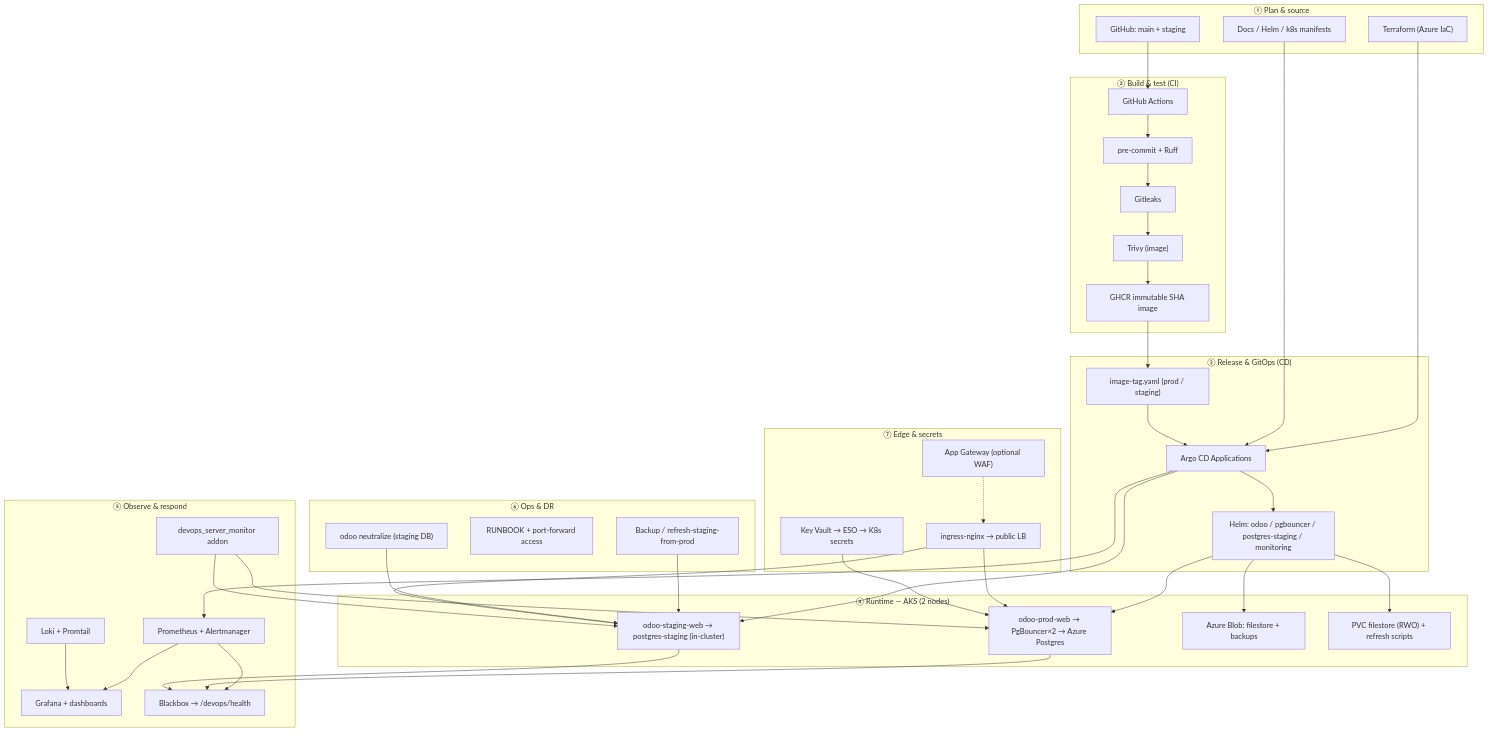
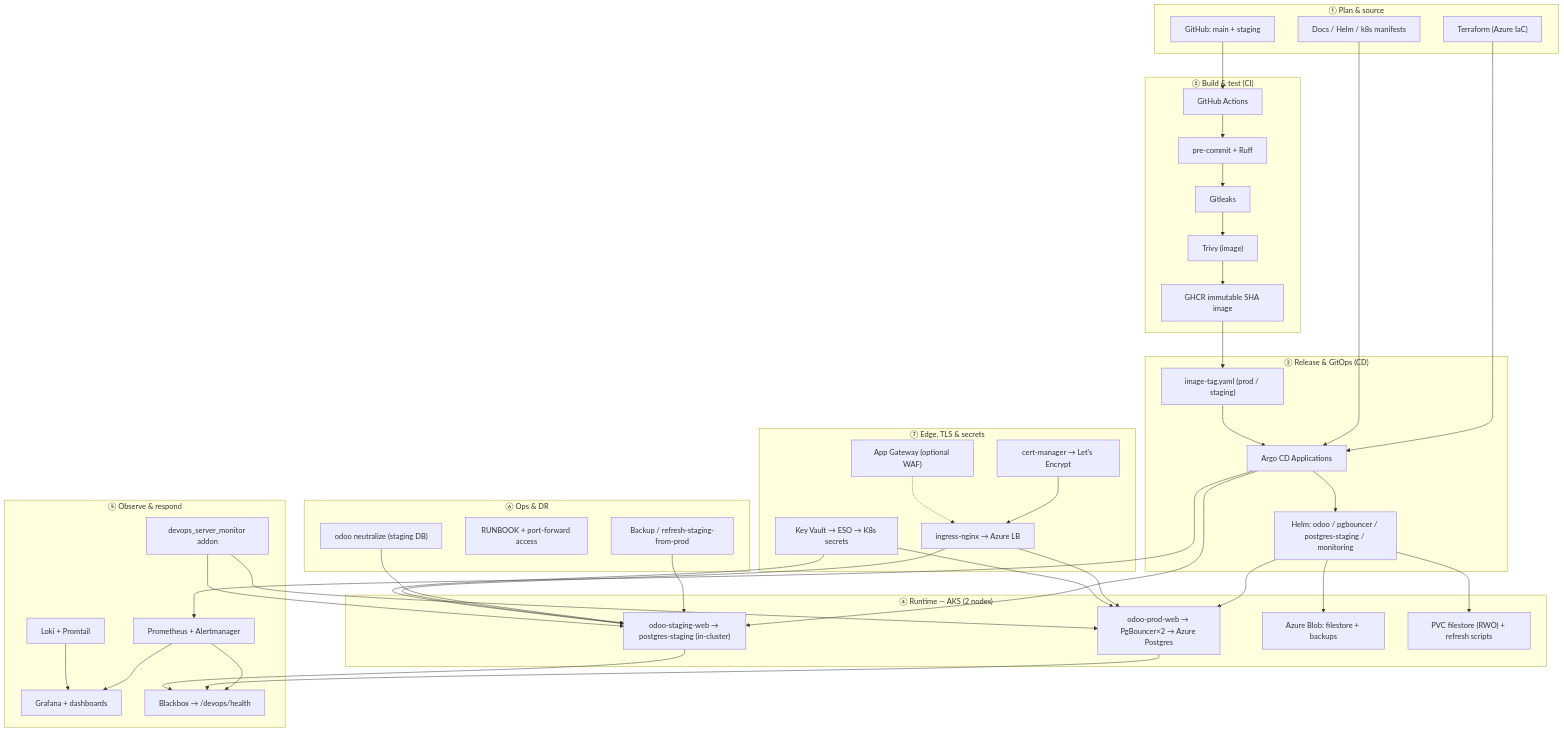
The diagram in README.md (CS-Usman/odoo-devops-lab), drawn with Mermaid before and after one commit. The commit also changed other lines of this file and 4 other files, not shown here.

````diff
--- a/README.md
+++ b/README.md
@@ -7,71 +7,74 @@
 ```mermaid
 flowchart TB
   subgraph P1["① Plan & source"]
     GIT["GitHub: main + staging"]
     TF["Terraform (Azure IaC)"]
     DOCS["Docs / Helm / k8s manifests"]
   end
 
   subgraph P2["② Build & test (CI)"]
     GHA["GitHub Actions"]
     PC["pre-commit + Ruff"]
     GL["Gitleaks"]
     TV["Trivy (image)"]
     GHCR["GHCR immutable SHA image"]
   end
 
   subgraph P3["③ Release & GitOps (CD)"]
     TAGP["image-tag.yaml (prod / staging)"]
     ARGO["Argo CD Applications"]
     HELM["Helm: odoo / pgbouncer / postgres-staging / monitoring"]
   end
 
   subgraph P4["④ Runtime — AKS (2 nodes)"]
     PROD["odoo-prod-web → PgBouncer×2 → Azure Postgres"]
     STG["odoo-staging-web → postgres-staging (in-cluster)"]
     BLOB["Azure Blob: filestore + backups"]
     PVC["PVC filestore (RWO) + refresh scripts"]
   end
 
   subgraph P5["⑤ Observe & respond"]
     PROM["Prometheus + Alertmanager"]
     GRAF["Grafana + dashboards"]
     LOKI["Loki + Promtail"]
     BB["Blackbox → /devops/health"]
     ADDON["devops_server_monitor addon"]
   end
 
   subgraph P6["⑥ Ops & DR"]
     BK["Backup / refresh-staging-from-prod"]
     RUN["RUNBOOK + port-forward access"]
     NEU["odoo neutralize (staging DB)"]
   end
 
-  subgraph P7["⑦ Edge & secrets"]
-    NGINX["ingress-nginx → public LB"]
+  subgraph P7["⑦ Edge, TLS & secrets"]
+    NGINX["ingress-nginx → Azure LB"]
+    CM["cert-manager → Let's Encrypt"]
     AKV["Key Vault → ESO → K8s secrets"]
     AGW["App Gateway (optional WAF)"]
   end
 
   GIT --> GHA
   TF --> ARGO
   DOCS --> ARGO
   GHA --> PC --> GL --> TV --> GHCR --> TAGP --> ARGO
   ARGO --> HELM --> PROD
   ARGO --> STG
   HELM --> BLOB
   HELM --> PVC
   ARGO --> PROM --> GRAF
   PROM --> BB
   LOKI --> GRAF
   PROD --> BB
   STG --> BB
   ADDON --> PROD
   ADDON --> STG
   BK --> STG
   NEU --> STG
+  CM --> NGINX
   NGINX --> PROD
   NGINX --> STG
   AKV --> PROD
+  AKV --> STG
   AGW -.-> NGINX
 ```
````
